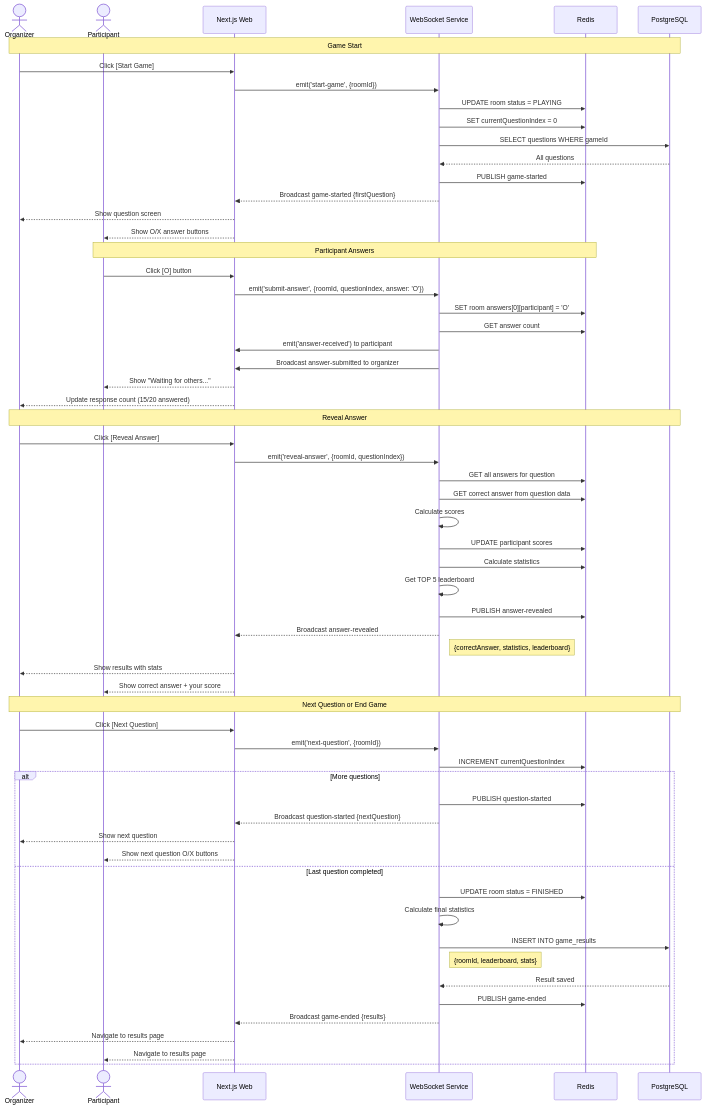
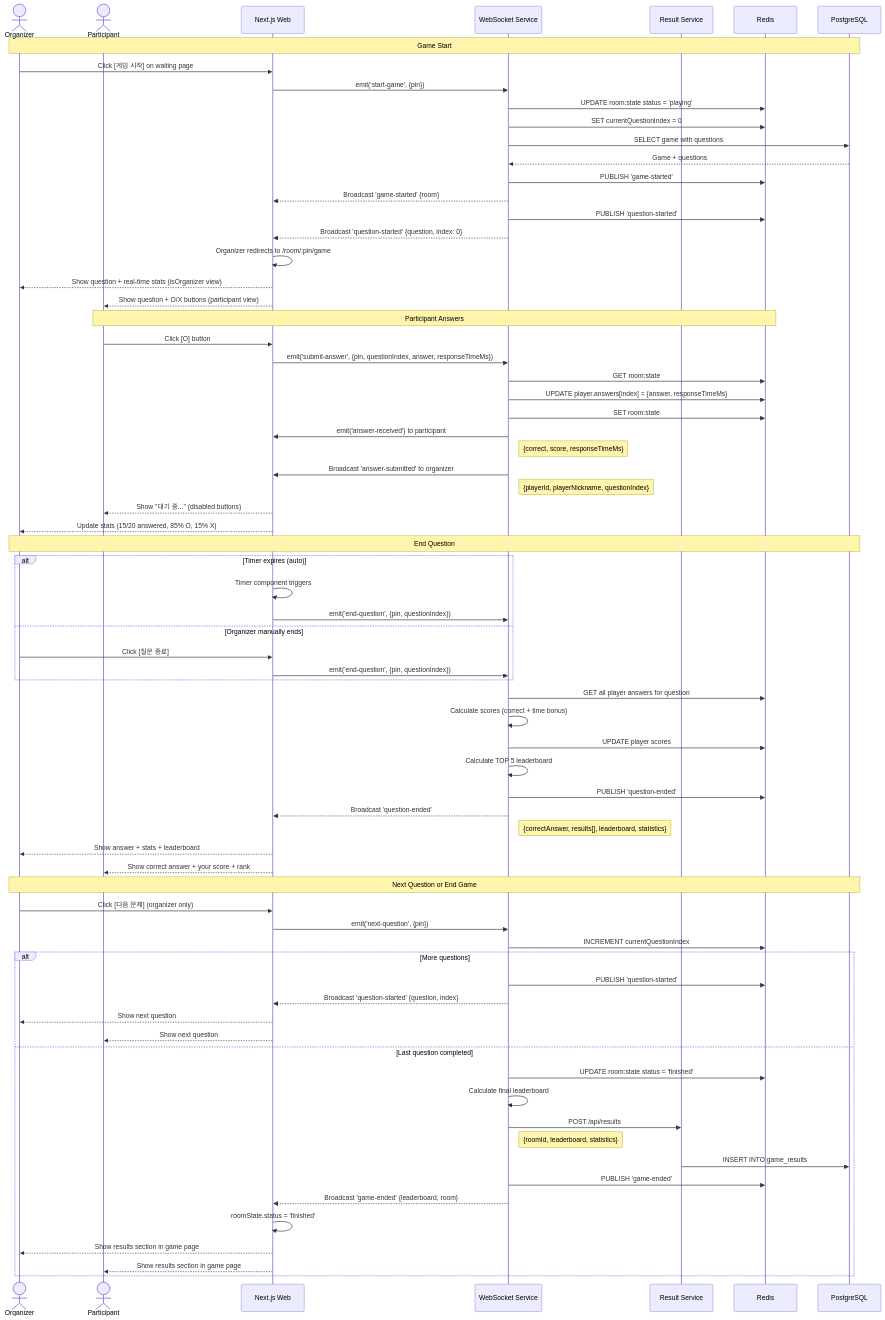
One commit to xinguuu/fully-boy changed the seventh of 17 diagrams in docs/04-architecture.md. Above: the diagram before and after it, drawn with Mermaid. The commit also changed other lines of this file, not shown here.

Commit message:
refactor: 04-architecture fix

````diff
--- a/docs/04-architecture.md
+++ b/docs/04-architecture.md
@@ -451,69 +494,82 @@
     actor Part as Participant
     participant Web as Next.js Web
     participant WS as WebSocket Service
+    participant Result as Result Service
     participant Redis as Redis
     participant DB as PostgreSQL
 
     Note over Org,DB: Game Start
 
-    Org->>Web: Click [Start Game]
-    Web->>WS: emit('start-game', {roomId})
-    WS->>Redis: UPDATE room status = PLAYING
+    Org->>Web: Click [게임 시작] on waiting page
+    Web->>WS: emit('start-game', {pin})
+    WS->>Redis: UPDATE room:state status = 'playing'
     WS->>Redis: SET currentQuestionIndex = 0
-    WS->>DB: SELECT questions WHERE gameId
-    DB-->>WS: All questions
-    WS->>Redis: PUBLISH game-started
-    WS-->>Web: Broadcast game-started {firstQuestion}
-    Web-->>Org: Show question screen
-    Web-->>Part: Show O/X answer buttons
+    WS->>DB: SELECT game with questions
+    DB-->>WS: Game + questions
+    WS->>Redis: PUBLISH 'game-started'
+    WS-->>Web: Broadcast 'game-started' {room}
+    WS->>Redis: PUBLISH 'question-started'
+    WS-->>Web: Broadcast 'question-started' {question, index: 0}
+
+    Web->>Web: Organizer redirects to /room/:pin/game
+    Web-->>Org: Show question + real-time stats (isOrganizer view)
+    Web-->>Part: Show question + O/X buttons (participant view)
 
     Note over Part,Redis: Participant Answers
 
     Part->>Web: Click [O] button
-    Web->>WS: emit('submit-answer', {roomId, questionIndex, answer: 'O'})
-    WS->>Redis: SET room answers[0][participant] = 'O'
-    WS->>Redis: GET answer count
+    Web->>WS: emit('submit-answer', {pin, questionIndex, answer, responseTimeMs})
+    WS->>Redis: GET room:state
+    WS->>Redis: UPDATE player.answers[index] = {answer, responseTimeMs}
+    WS->>Redis: SET room:state
     WS->>Web: emit('answer-received') to participant
-    WS->>Web: Broadcast answer-submitted to organizer
-    Web-->>Part: Show "Waiting for others..."
-    Web-->>Org: Update response count (15/20 answered)
+    Note right of WS: {correct, score, responseTimeMs}
+    WS->>Web: Broadcast 'answer-submitted' to organizer
+    Note right of WS: {playerId, playerNickname, questionIndex}
+    Web-->>Part: Show "대기 중..." (disabled buttons)
+    Web-->>Org: Update stats (15/20 answered, 85% O, 15% X)
 
-    Note over Org,DB: Reveal Answer
+    Note over Org,DB: End Question
 
-    Org->>Web: Click [Reveal Answer]
-    Web->>WS: emit('reveal-answer', {roomId, questionIndex})
-    WS->>Redis: GET all answers for question
-    WS->>Redis: GET correct answer from question data
-    WS->>WS: Calculate scores
-    WS->>Redis: UPDATE participant scores
-    WS->>Redis: Calculate statistics
-    WS->>WS: Get TOP 5 leaderboard
-    WS->>Redis: PUBLISH answer-revealed
-    WS-->>Web: Broadcast answer-revealed
-    Note right of WS: {correctAnswer, statistics, leaderboard}
-    Web-->>Org: Show results with stats
-    Web-->>Part: Show correct answer + your score
+    alt Timer expires (auto)
+        Web->>Web: Timer component triggers
+        Web->>WS: emit('end-question', {pin, questionIndex})
+    else Organizer manually ends
+        Org->>Web: Click [질문 종료]
+        Web->>WS: emit('end-question', {pin, questionIndex})
+    end
+
+    WS->>Redis: GET all player answers for question
+    WS->>WS: Calculate scores (correct + time bonus)
+    WS->>Redis: UPDATE player scores
+    WS->>WS: Calculate TOP 5 leaderboard
+    WS->>Redis: PUBLISH 'question-ended'
+    WS-->>Web: Broadcast 'question-ended'
+    Note right of WS: {correctAnswer, results[], leaderboard, statistics}
+    Web-->>Org: Show answer + stats + leaderboard
+    Web-->>Part: Show correct answer + your score + rank
 
     Note over Org,DB: Next Question or End Game
 
-    Org->>Web: Click [Next Question]
-    Web->>WS: emit('next-question', {roomId})
+    Org->>Web: Click [다음 문제] (organizer only)
+    Web->>WS: emit('next-question', {pin})
     WS->>Redis: INCREMENT currentQuestionIndex
 
     alt More questions
-        WS->>Redis: PUBLISH question-started
-        WS-->>Web: Broadcast question-started {nextQuestion}
+        WS->>Redis: PUBLISH 'question-started'
+        WS-->>Web: Broadcast 'question-started' {question, index}
         Web-->>Org: Show next question
-        Web-->>Part: Show next question O/X buttons
+        Web-->>Part: Show next question
     else Last question completed
-        WS->>Redis: UPDATE room status = FINISHED
-        WS->>WS: Calculate final statistics
-        WS->>DB: INSERT INTO game_results
-        Note right of WS: {roomId, leaderboard, stats}
-        DB-->>WS: Result saved
-        WS->>Redis: PUBLISH game-ended
-        WS-->>Web: Broadcast game-ended {results}
-        Web-->>Org: Navigate to results page
-        Web-->>Part: Navigate to results page
+        WS->>Redis: UPDATE room:state status = 'finished'
+        WS->>WS: Calculate final leaderboard
+        WS->>Result: POST /api/results
+        Note right of WS: {roomId, leaderboard, statistics}
+        Result->>DB: INSERT INTO game_results
+        WS->>Redis: PUBLISH 'game-ended'
+        WS-->>Web: Broadcast 'game-ended' {leaderboard, room}
+        Web->>Web: roomState.status = 'finished'
+        Web-->>Org: Show results section in game page
+        Web-->>Part: Show results section in game page
     end
 ```
````
